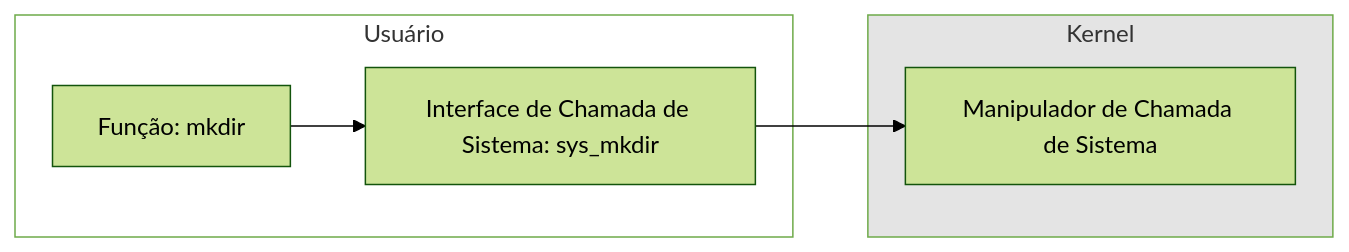
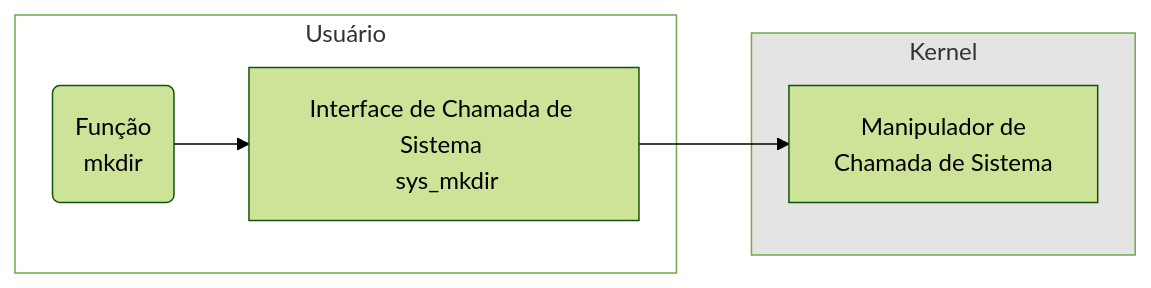
One commit to unasp-aulas/sistemas-operacionais changed the diagram in docs/index.qmd. Above: the diagram before and after it, drawn with Mermaid (forest theme). The commit also changed other lines of this file and 1 other file, not shown here.

````diff
--- a/docs/index.qmd
+++ b/docs/index.qmd
@@ -294,13 +296,12 @@
 ```{mermaid}
-graph LR;
-    subgraph U[Usuário]
-    A[Função: mkdir] --> B[Interface de Chamada de Sistema: sys_mkdir];
-
+flowchart LR;
+    subgraph U["Usuário"]
+    A(Função <br> mkdir) --> B[Interface de Chamada de Sistema <br> sys_mkdir];
     end
-    subgraph K[Kernel]
-    B --> C[Manipulador de Chamada de Sistema];
+    subgraph K["Kernel"]
+    B --> C[Manipulador de <br> Chamada de Sistema];
     end
 
     style U fill:#ffffff
     style K fill:#e4e4e4
 ```
````
